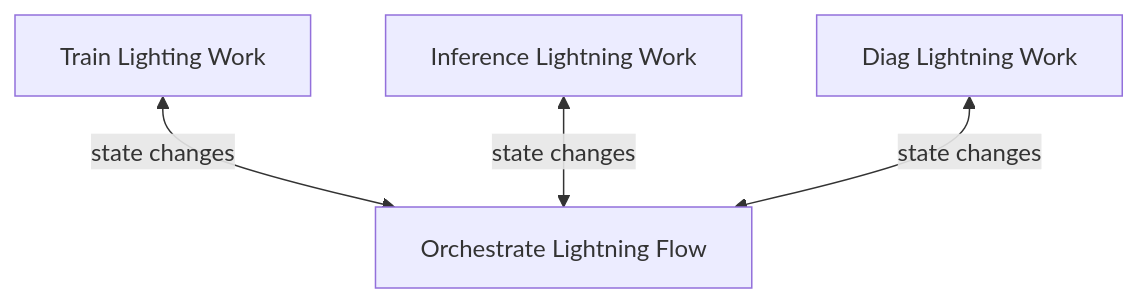
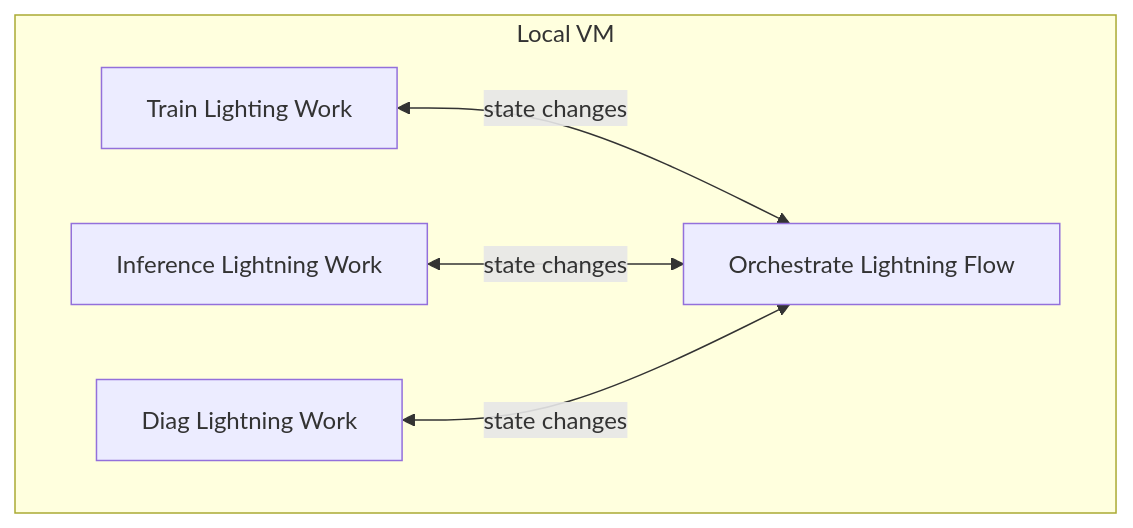
The first of 4 diagrams in README.md (robert-s-lee/lai-train-eval), drawn with Mermaid before and after one commit. The commit also changed other lines of this file, not shown here.

Commit message:
more diagrams 	modified:   README.md

````diff
--- a/README.md
+++ b/README.md
@@ -28,6 +31,9 @@
 ```mermaid
 graph TD;
-  T[Train Lighting Work]      <-- state changes --> LF[Orchestrate Lightning Flow]
-  I[Inference Lightning Work] <-- state changes --> LF
-  D[Diag Lightning Work]      <-- state changes-->  LF
+  subgraph Local VM
+    LF[Orchestrate Lightning Flow]
+    T[Train Lighting Work]      <-- state changes --> LF
+    I[Inference Lightning Work] <-- state changes --> LF
+    D[Diag Lightning Work]      <-- state changes-->  LF
+  end
 ```
````
